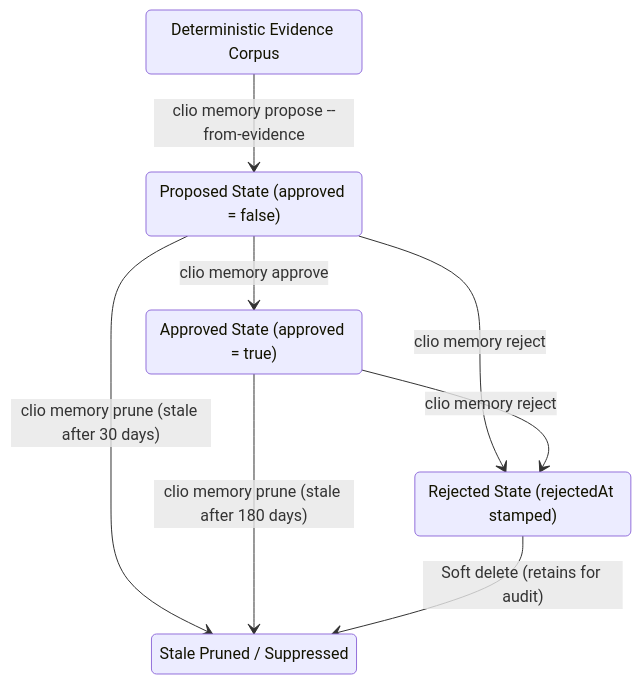
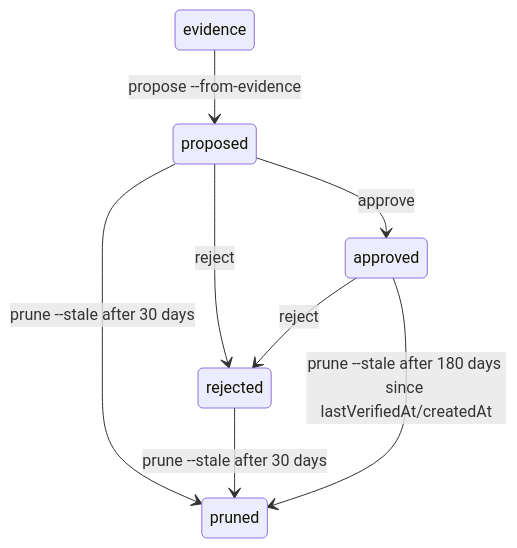
The diagram in docs/evidence-and-memory.md (iowarp/clio-coder), drawn with Mermaid before and after one commit. The commit also changed other lines of this file and 12 other files, not shown here.

````diff
--- a/docs/evidence-and-memory.md
+++ b/docs/evidence-and-memory.md
@@ -49,17 +105,10 @@
 ```mermaid
 stateDiagram-v2
-    evidence: Deterministic Evidence Corpus
-    proposed: Proposed State (approved = false)
-    approved: Approved State (approved = true)
-    rejected: Rejected State (rejectedAt stamped)
-    deleted: Stale Pruned / Suppressed
-    
-    evidence --> proposed : clio memory propose --from-evidence
-    proposed --> approved : clio memory approve <id>
-    proposed --> rejected : clio memory reject <id>
-    approved --> rejected : clio memory reject <id>
-    
-    proposed --> deleted : clio memory prune (stale after 30 days)
-    approved --> deleted : clio memory prune (stale after 180 days)
-    rejected --> deleted : Soft delete (retains for audit)
+    evidence --> proposed: propose --from-evidence
+    proposed --> approved: approve <id>
+    proposed --> rejected: reject <id>
+    approved --> rejected: reject <id>
+    proposed --> pruned: prune --stale after 30 days
+    rejected --> pruned: prune --stale after 30 days
+    approved --> pruned: prune --stale after 180 days since lastVerifiedAt/createdAt
 ```
````
